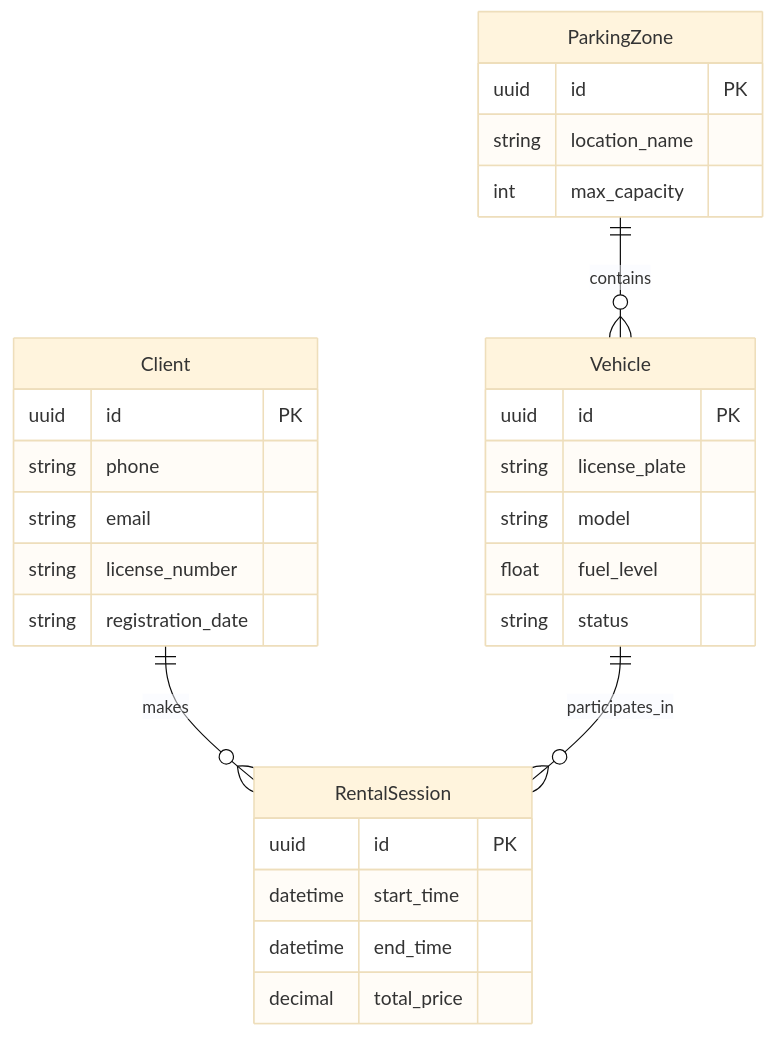
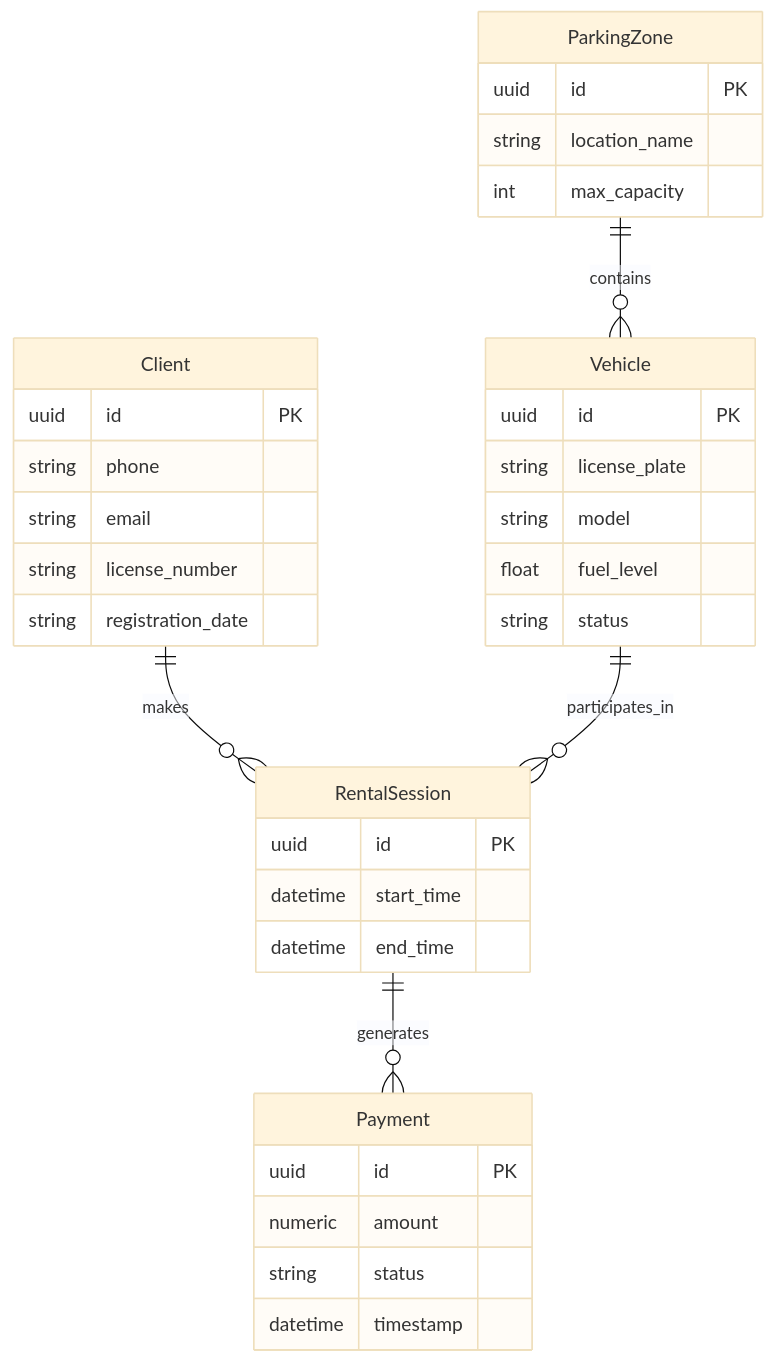
Before and after one commit to PEKKA367/KPI-Carsharing: the diagram in diagram.md, drawn with Mermaid (base theme). The commit also changed 3 other files, not shown here.

Commit message:
Changed spec.md after analyzing the diagram and its relationships

````diff
--- a/diagram.md
+++ b/diagram.md
@@ -1,35 +1,42 @@
 ```mermaid
 erDiagram
     Client {
         uuid id PK
         string phone
         string email
         string license_number
         string registration_date
     }
 
     Vehicle {
         uuid id PK
         string license_plate
         string model
         float fuel_level
         string status
     }
 
     ParkingZone {
         uuid id PK
         string location_name
         int max_capacity
     }
 
     RentalSession {
         uuid id PK
         datetime start_time
         datetime end_time
-        decimal total_price
+    }
+
+    Payment {
+        uuid id PK
+        numeric amount
+        string status
+        datetime timestamp
     }
 
     Client ||--o{ RentalSession : makes
     Vehicle ||--o{ RentalSession : participates_in
     ParkingZone ||--o{ Vehicle : contains
+    RentalSession ||--o{ Payment : generates
 ```
````
